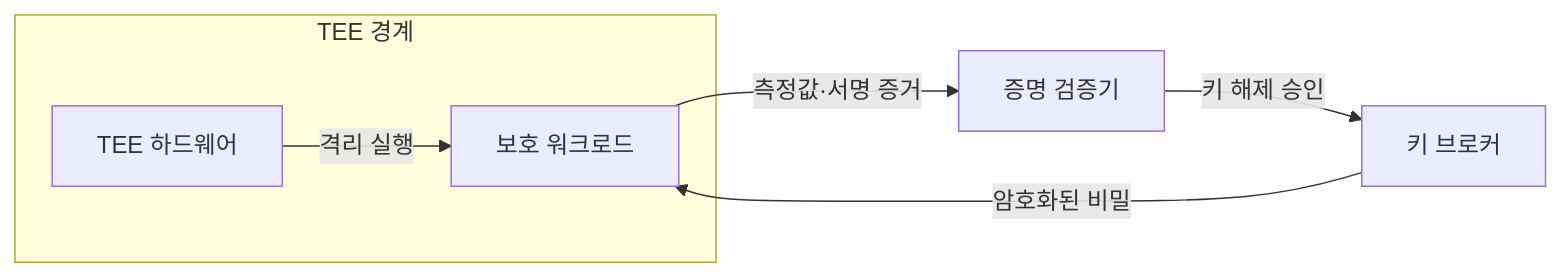
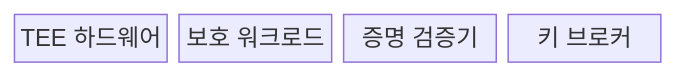
Before and after one commit to agnusdei1207/knowledge-base: the first of 2 diagrams in src/content/docs/notes/05-security/019_confidential_computing.md, drawn with Mermaid. The commit also changed other lines of this file and 22 other files, not shown here.

````diff
--- a/src/content/docs/notes/05-security/019_confidential_computing.md
+++ b/src/content/docs/notes/05-security/019_confidential_computing.md
@@ -62,11 +63,8 @@
 ```mermaid
-flowchart LR
-    subgraph T["TEE 경계"]
-        H["TEE 하드웨어"]
-        W["보호 워크로드"]
-        H -->|"격리 실행"| W
-    end
-    W -->|"측정값·서명 증거"| V["증명 검증기"]
-    V -->|"키 해제 승인"| K["키 브로커"]
-    K -->|"암호화된 비밀"| W
+block-beta
+    columns 4
+    H["TEE 하드웨어"]
+    W["보호 워크로드"]
+    V["증명 검증기"]
+    K["키 브로커"]
 ```
````
